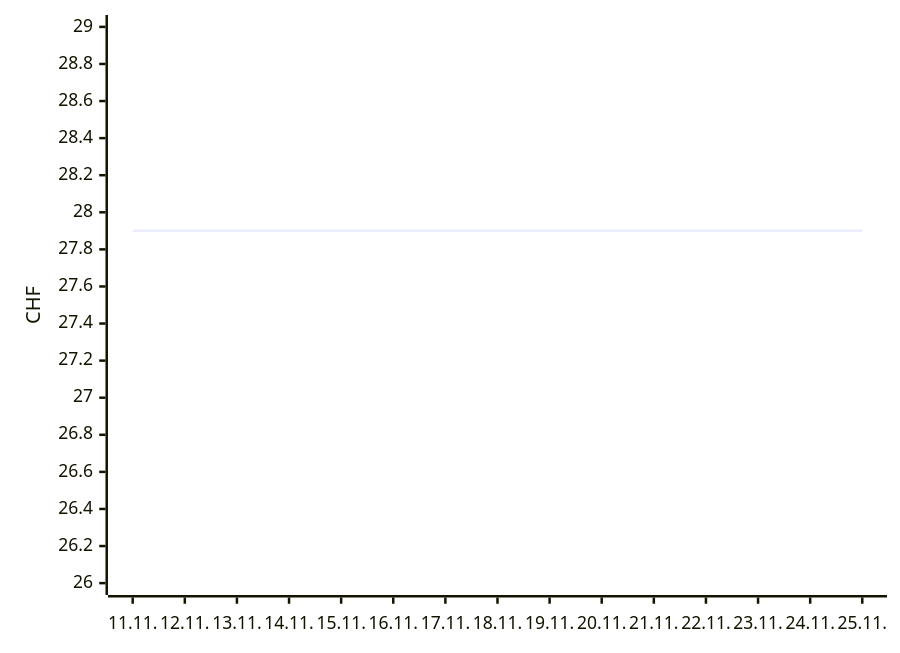
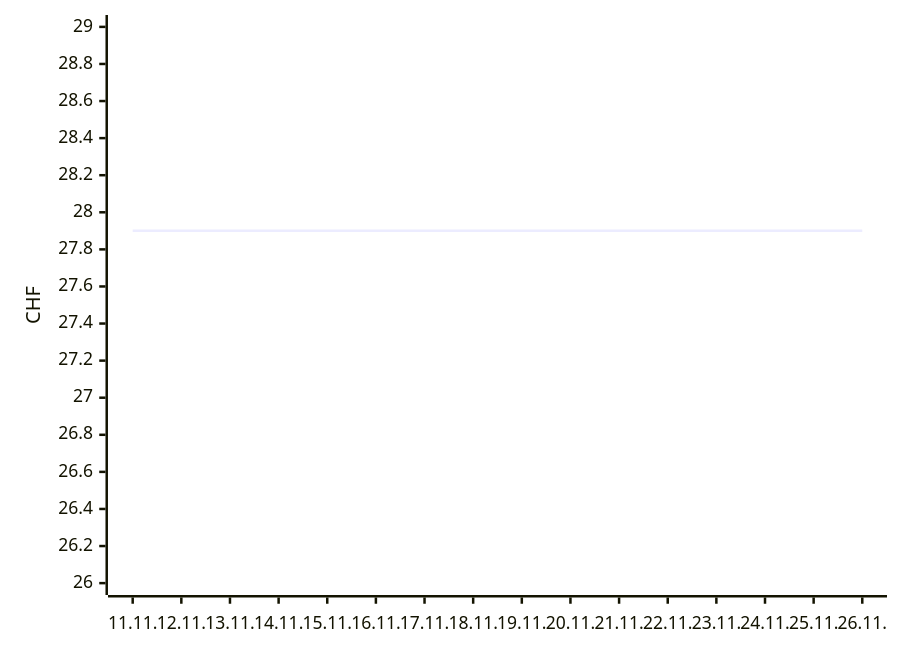
The first of 2 diagrams in README.md (Akira2828/my-Galaxus-MCP), drawn with Mermaid before and after one commit. The commit also changed other lines of this file and 1 other file, not shown here.

````diff
--- a/README.md
+++ b/README.md
@@ -16,6 +16,6 @@
 ```mermaid
 xychart-beta
-  x-axis ["11.11.", "12.11.", "13.11.", "14.11.", "15.11.", "16.11.", "17.11.", "18.11.", "19.11.", "20.11.", "21.11.", "22.11.", "23.11.", "24.11.", "25.11."]
+  x-axis ["11.11.", "12.11.", "13.11.", "14.11.", "15.11.", "16.11.", "17.11.", "18.11.", "19.11.", "20.11.", "21.11.", "22.11.", "23.11.", "24.11.", "25.11.", "26.11."]
   y-axis "CHF" 26 --> 29
-  line [27.9, 27.9, 27.9, 27.9, 27.9, 27.9, 27.9, 27.9, 27.9, 27.9, 27.9, 27.9, 27.9, 27.9, 27.9]
+  line [27.9, 27.9, 27.9, 27.9, 27.9, 27.9, 27.9, 27.9, 27.9, 27.9, 27.9, 27.9, 27.9, 27.9, 27.9, 27.9]
 ```
````
